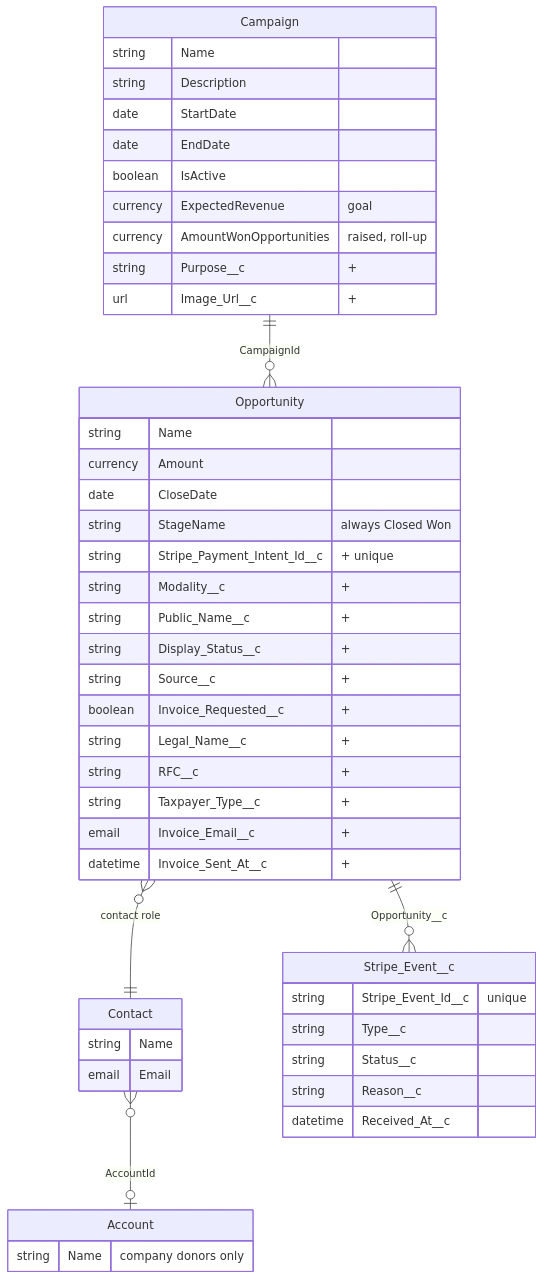
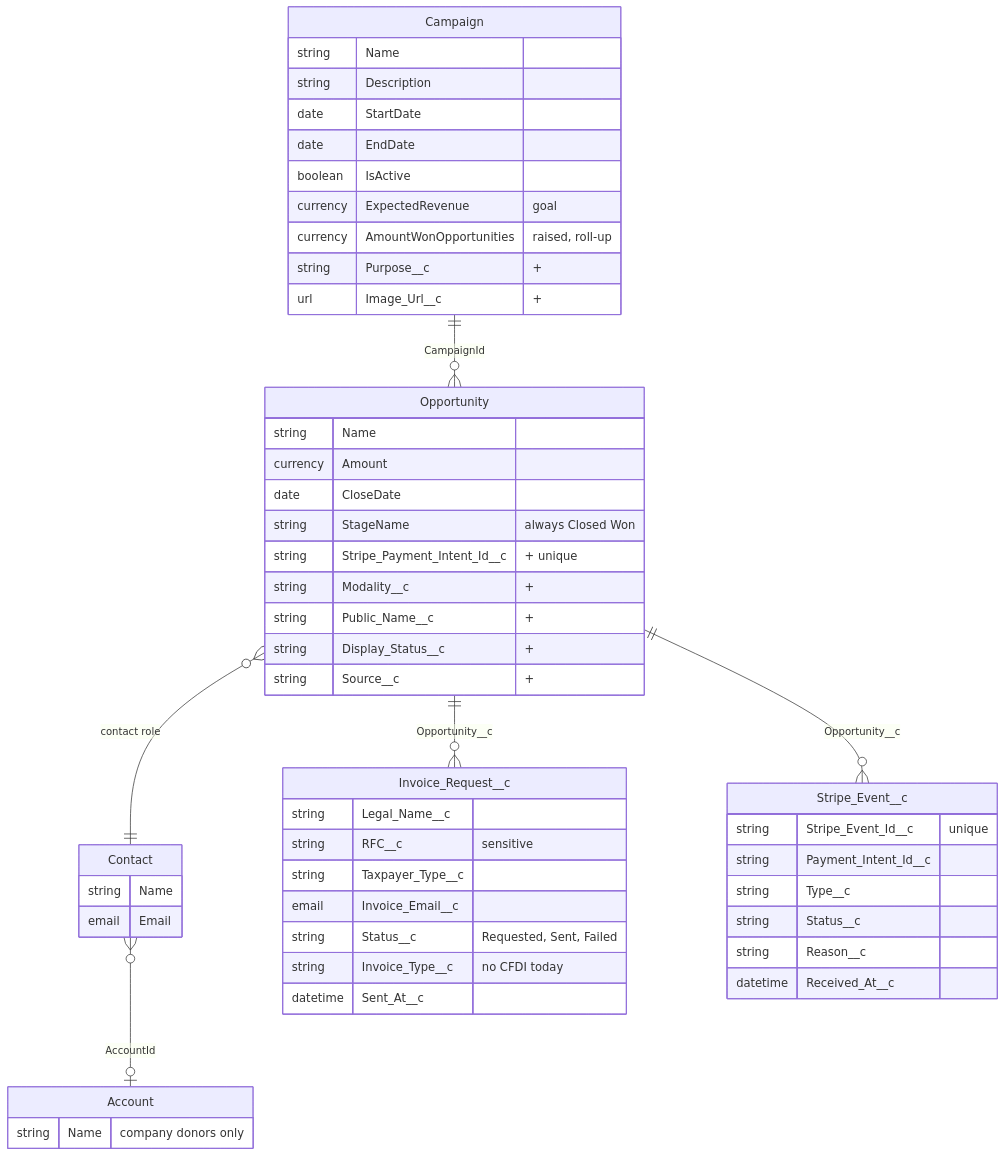
The second of 2 diagrams in docs/requirements/architecture/solution-architecture.md (hjanssena/Salesforce-Donations), drawn with Mermaid before and after one commit. The commit also changed other lines of this file and 1 other file, not shown here.

Commit message:
docs(architecture): restore invoice request as its own object

````diff
--- a/docs/requirements/architecture/solution-architecture.md
+++ b/docs/requirements/architecture/solution-architecture.md
@@ -73,50 +75,55 @@
 ```mermaid
 erDiagram
   Campaign ||--o{ Opportunity : "CampaignId"
   Opportunity }o--|| Contact : "contact role"
   Contact }o--o| Account : "AccountId"
+  Opportunity ||--o{ Invoice_Request__c : "Opportunity__c"
   Opportunity ||--o{ Stripe_Event__c : "Opportunity__c"
 
   Campaign {
     string Name
     string Description
     date StartDate
     date EndDate
     boolean IsActive
     currency ExpectedRevenue "goal"
     currency AmountWonOpportunities "raised, roll-up"
     string Purpose__c "+"
     url Image_Url__c "+"
   }
   Opportunity {
     string Name
     currency Amount
     date CloseDate
     string StageName "always Closed Won"
     string Stripe_Payment_Intent_Id__c "+ unique"
     string Modality__c "+"
     string Public_Name__c "+"
     string Display_Status__c "+"
     string Source__c "+"
-    boolean Invoice_Requested__c "+"
-    string Legal_Name__c "+"
-    string RFC__c "+"
-    string Taxpayer_Type__c "+"
-    email Invoice_Email__c "+"
-    datetime Invoice_Sent_At__c "+"
   }
   Contact {
     string Name
     email Email
   }
   Account {
     string Name "company donors only"
   }
+  Invoice_Request__c {
+    string Legal_Name__c
+    string RFC__c "sensitive"
+    string Taxpayer_Type__c
+    email Invoice_Email__c
+    string Status__c "Requested, Sent, Failed"
+    string Invoice_Type__c "no CFDI today"
+    datetime Sent_At__c
+  }
   Stripe_Event__c {
     string Stripe_Event_Id__c "unique"
+    string Payment_Intent_Id__c
     string Type__c
     string Status__c
     string Reason__c
     datetime Received_At__c
   }
 ```
````
